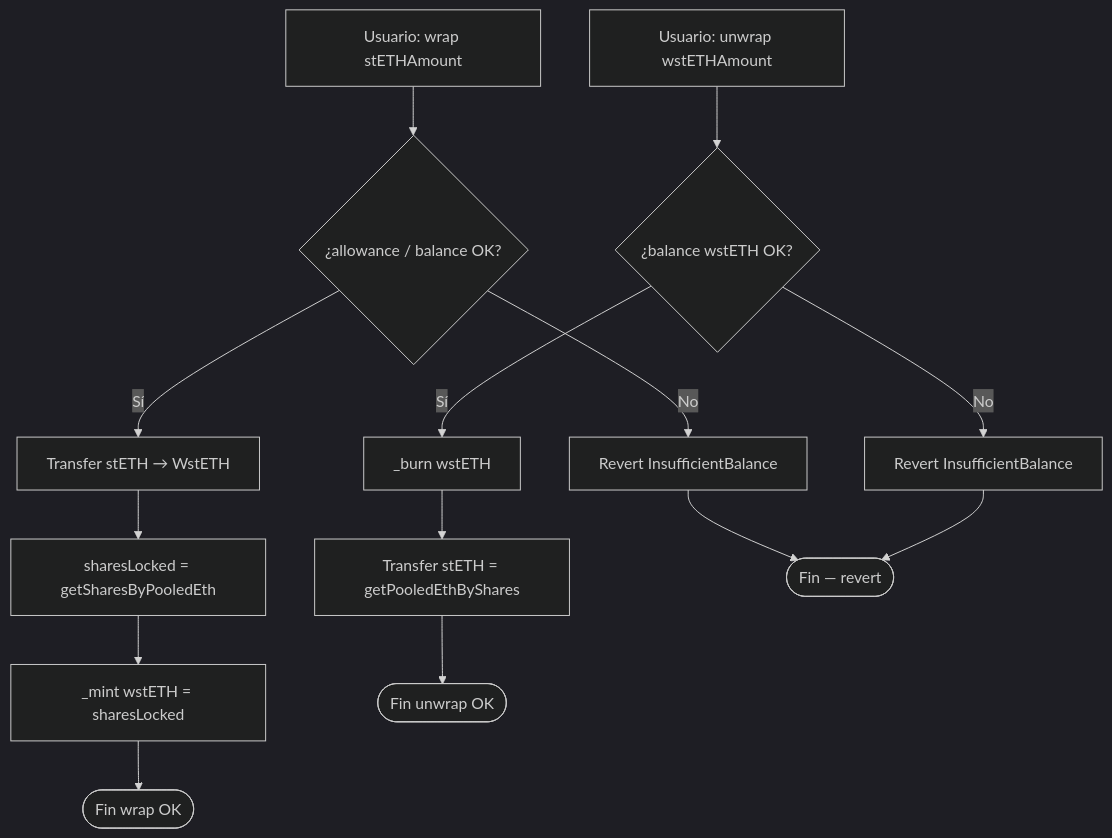
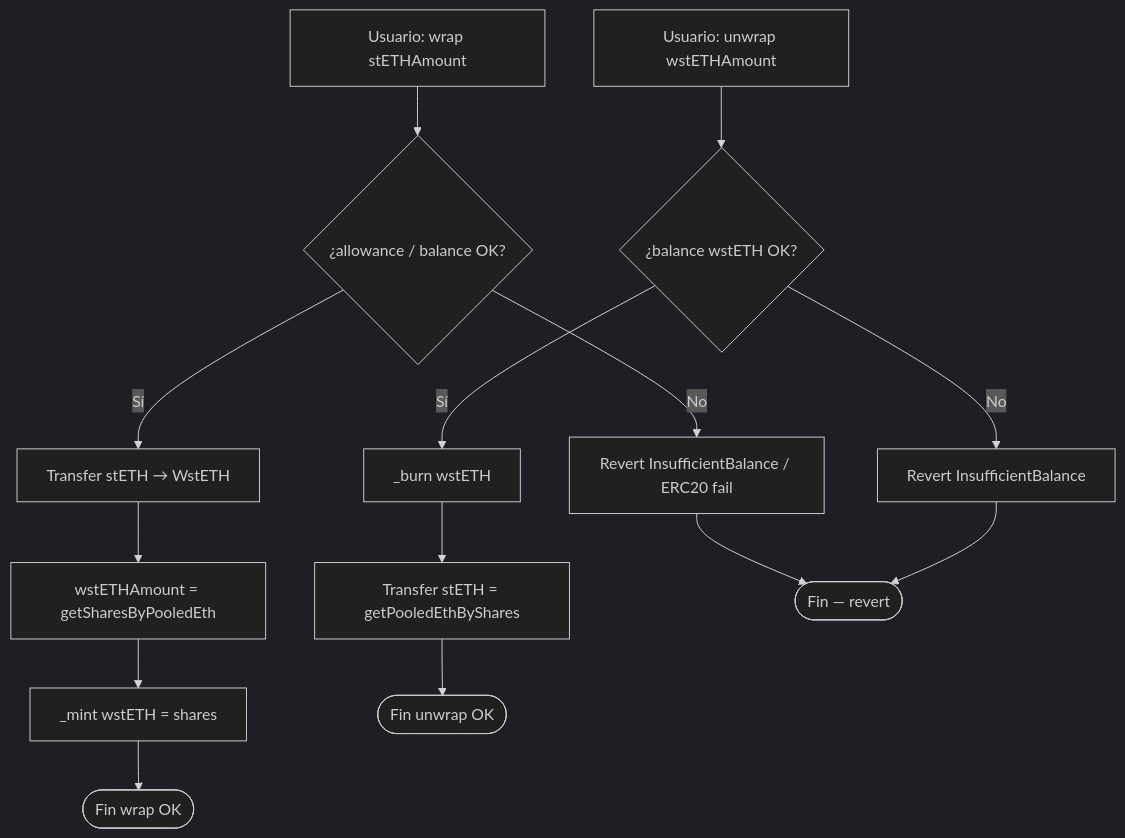
One commit to rastrahm/liquid-staking-protocol changed the fourth of 6 diagrams in doc/diagrama-de-flujo.md. Above: the diagram before and after it, drawn with Mermaid (dark theme). The commit also changed other lines of this file and 12 other files, not shown here.

````diff
--- a/doc/diagrama-de-flujo.md
+++ b/doc/diagrama-de-flujo.md
@@ -84,17 +83,17 @@
 ```mermaid
 flowchart TD
     A[Usuario: wrap stETHAmount] --> B{¿allowance / balance OK?}
-    B -->|No| Z0[Revert InsufficientBalance]
+    B -->|No| Z0[Revert InsufficientBalance / ERC20 fail]
     B -->|Sí| C[Transfer stETH → WstETH]
-    C --> D[sharesLocked = getSharesByPooledEth]
-    D --> E[_mint wstETH = sharesLocked]
+    C --> D[wstETHAmount = getSharesByPooledEth]
+    D --> E[_mint wstETH = shares]
     E --> Ok1([Fin wrap OK])
 
     F[Usuario: unwrap wstETHAmount] --> G{¿balance wstETH OK?}
     G -->|No| Z1[Revert InsufficientBalance]
     G -->|Sí| H[_burn wstETH]
     H --> I[Transfer stETH = getPooledEthByShares]
     I --> Ok2([Fin unwrap OK])
     Z0 --> End([Fin — revert])
     Z1 --> End
 ```
````
